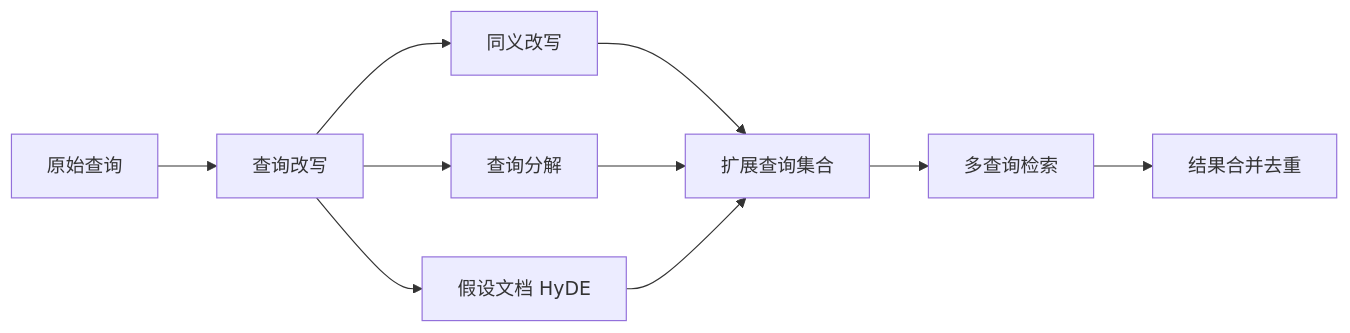
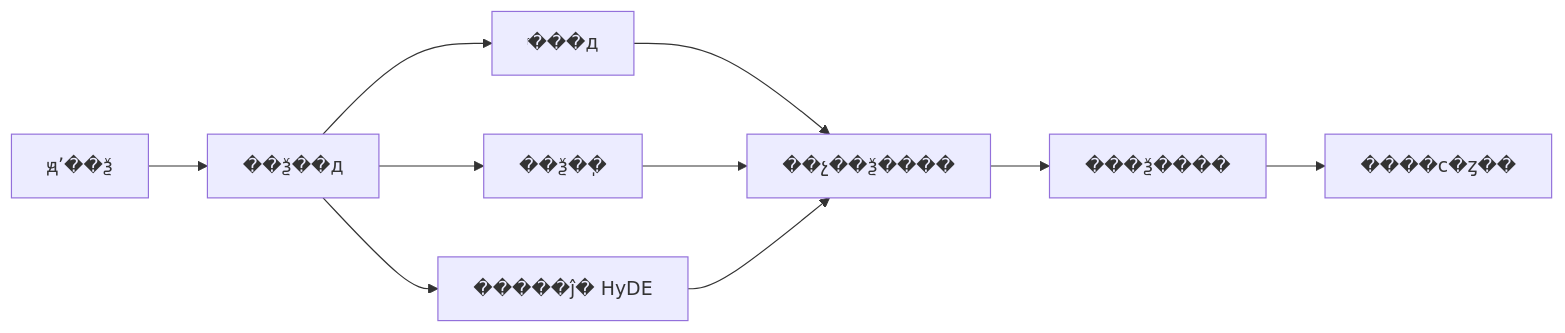
One commit to TimeHunter618/hugo-maid-dev changed the fourth of 7 diagrams in content/post/ai-interview/RAG召回率低怎么优化.zh-CN.md. Above: the diagram before and after it, drawn with Mermaid. The commit also changed other lines of this file and 70 other files, not shown here.

````diff
--- a/content/post/ai-interview/RAG召回率低怎么优化.zh-CN.md
+++ b/content/post/ai-interview/RAG召回率低怎么优化.zh-CN.md
@@ -223,12 +223,12 @@
 ```mermaid
 graph LR
-    A[原始查询] --> B[查询改写]
-    B --> C[同义改写]
-    B --> D[查询分解]
-    B --> E[假设文档 HyDE]
-    C --> F[扩展查询集合]
+    A[ԭʼ��ѯ] --> B[��ѯ��д]
+    B --> C[ͬ���д]
+    B --> D[��ѯ�ֽ�]
+    B --> E[�����ĵ� HyDE]
+    C --> F[��չ��ѯ����]
     D --> F
     E --> F
-    F --> G[多查询检索]
-    G --> H[结果合并去重]
+    F --> G[���ѯ����]
+    G --> H[����ϲ�ȥ��]
 ```
````
